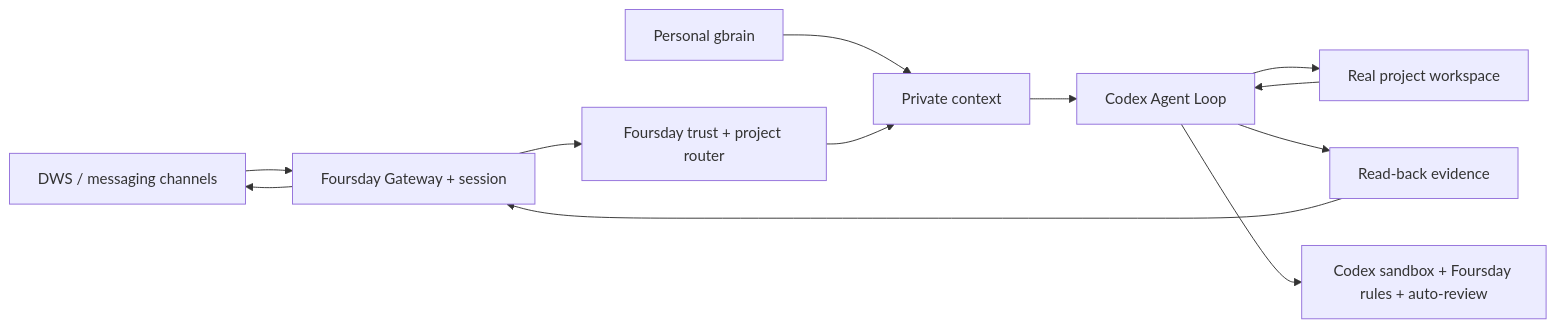
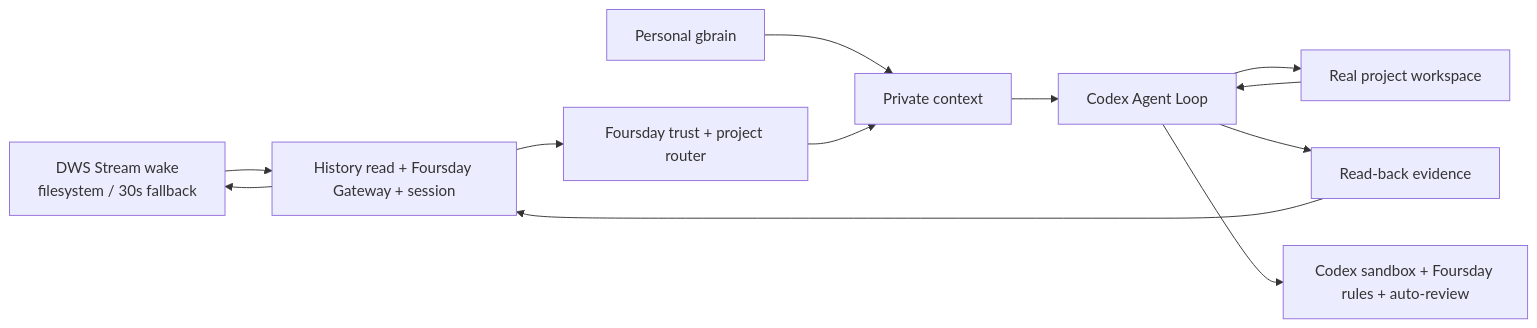
Before and after one commit to ruiwang20010702/foursday: the diagram in docs/en/architecture.md, drawn with Mermaid. The commit also changed other lines of this file and 10 other files, not shown here.

````diff
--- a/docs/en/architecture.md
+++ b/docs/en/architecture.md
@@ -7,14 +7,14 @@
 ```mermaid
 flowchart LR
-    M["DWS / messaging channels"] --> A["Foursday Gateway + session"]
+    M["DWS Stream wake<br/>filesystem / 30s fallback"] --> A["History read + Foursday Gateway + session"]
     A --> R["Foursday trust + project router"]
     G["Personal gbrain"] --> C["Private context"]
     R --> C
     C --> X["Codex Agent Loop"]
     X --> W["Real project workspace"]
     W --> X
     X --> V["Read-back evidence"]
     V --> A
     A --> M
     X --> B["Codex sandbox + Foursday rules + auto-review"]
 ```
````
